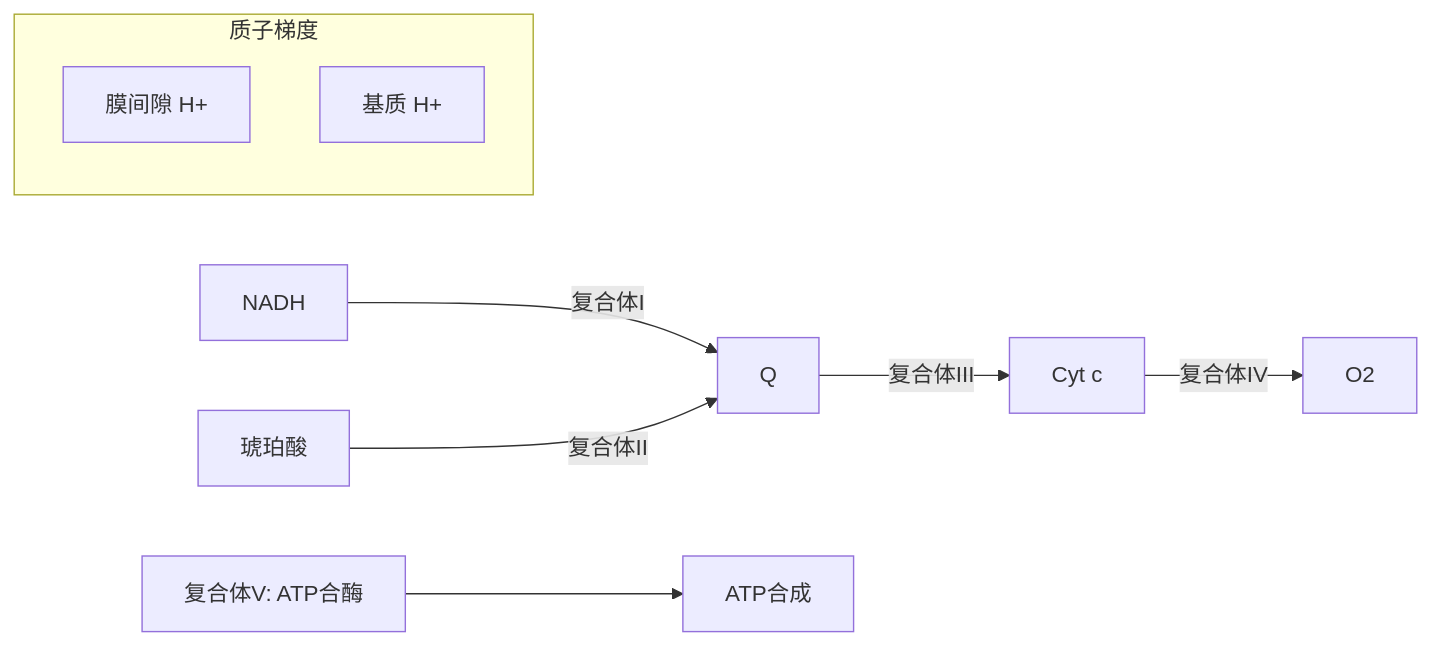
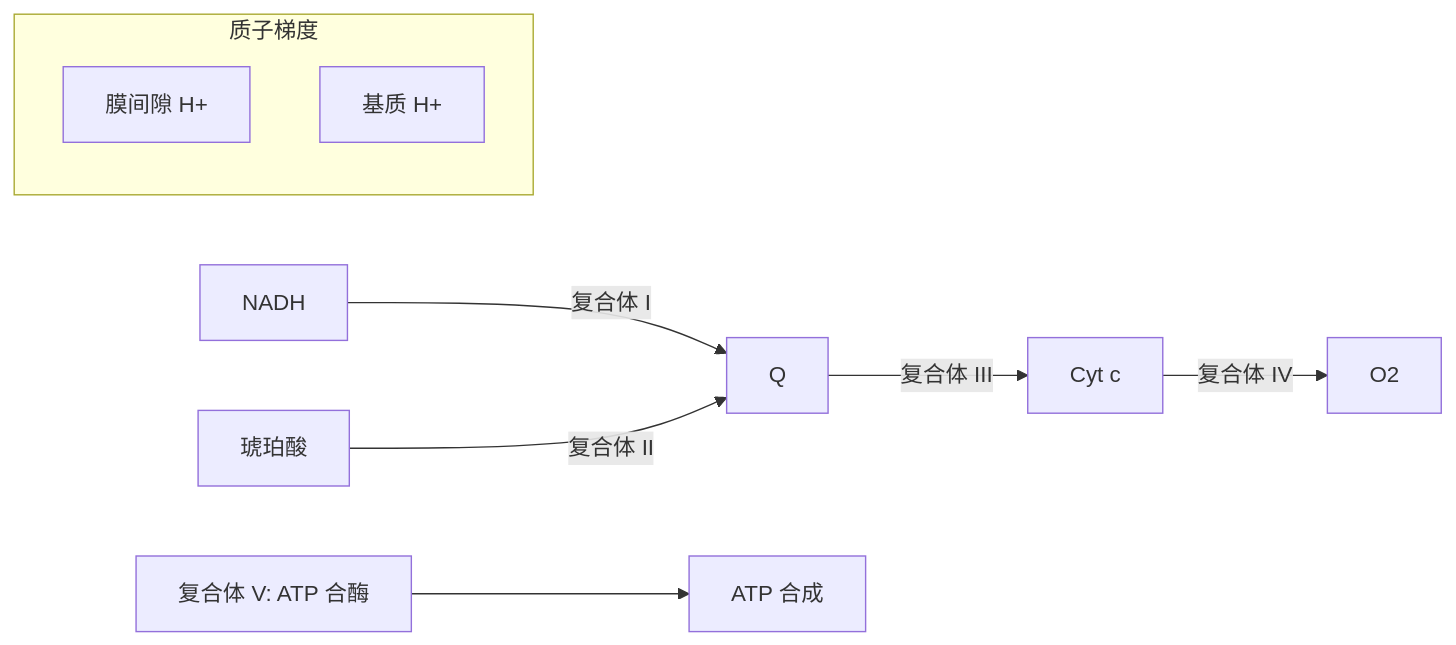
The second of 2 diagrams in 02_NaturalSciences/Chemistry/Biochemistry/代谢途径.md (Tianshang301/TianshangKnowledgeBase), drawn with Mermaid before and after one commit. The commit also changed other lines of this file and 2257 other files, not shown here.

````diff
--- a/02_NaturalSciences/Chemistry/Biochemistry/代谢途径.md
+++ b/02_NaturalSciences/Chemistry/Biochemistry/代谢途径.md
@@ -105,12 +105,12 @@
 ```mermaid
 graph LR
-    A[NADH] -->|复合体I| B[Q]
-    C[琥珀酸] -->|复合体II| B
-    B -->|复合体III| D[Cyt c]
-    D -->|复合体IV| E[O2]
-    F[复合体V: ATP合酶] --> G[ATP合成]
+    A[NADH] -->|复合体 I| B[Q]
+    C[琥珀酸] -->|复合体 II| B
+    B -->|复合体 III| D[Cyt c]
+    D -->|复合体 IV| E[O2]
+    F[复合体 V: ATP 合酶] --> G[ATP 合成]
     subgraph 质子梯度
     H[膜间隙 H+]
     I[基质 H+]
     end
 ```
````
